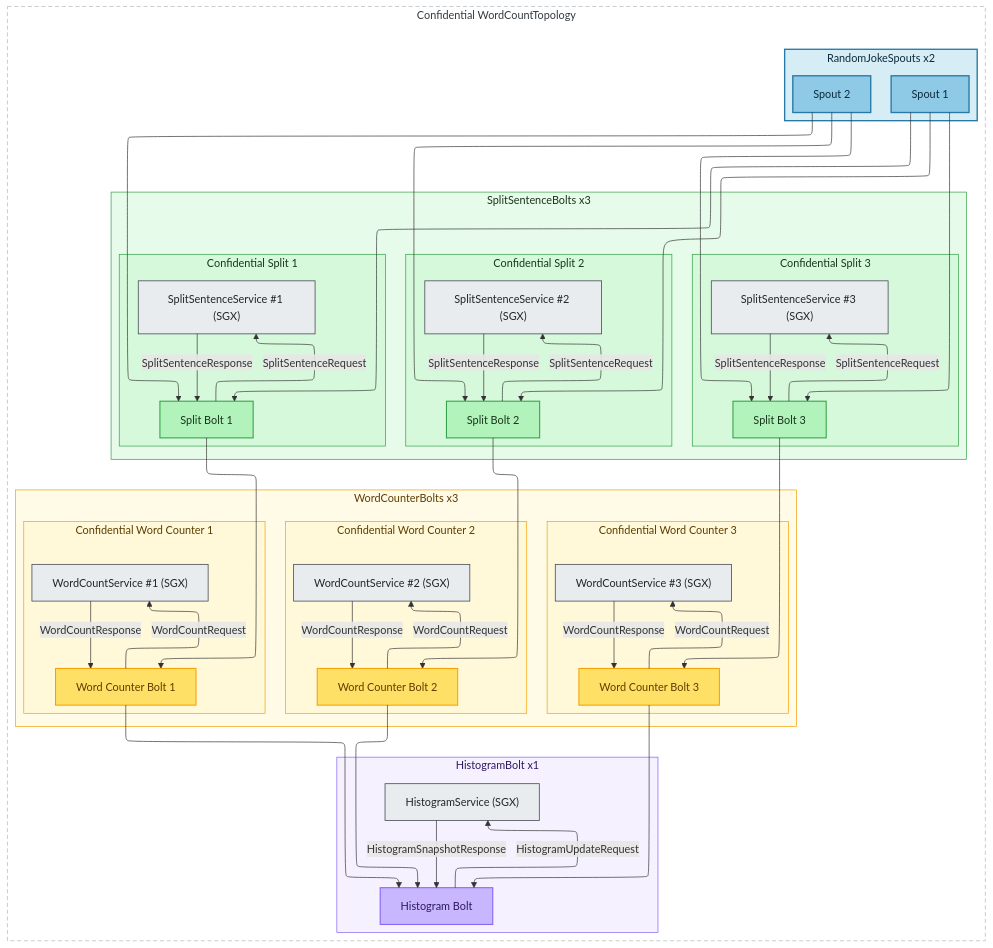
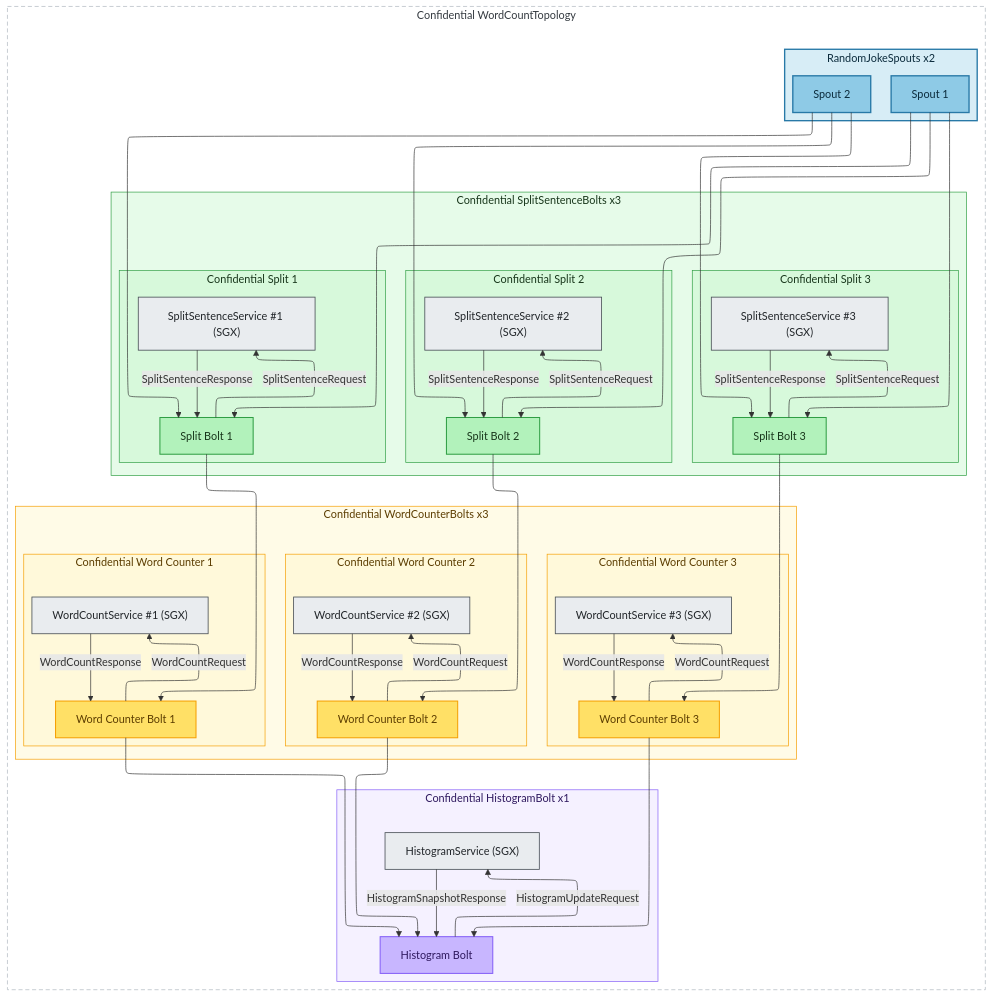
One commit to lucadibello/confidential-storm changed the diagram in assets/diagram.mmd. Above: the diagram before and after it, drawn with Mermaid. The commit also changed 1 other file, not shown here.

Commit message:
fix: added "confidential" prefix

```diff
--- a/assets/diagram.mmd
+++ b/assets/diagram.mmd
@@ -1,143 +1,143 @@
 %%{init: {"flowchart": {"defaultRenderer": "elk","elk": {
   "direction": "DOWN",
   "alignment": "CENTER",
   'mergeEdges': true,
   'nodePlacementStrategy': "LINEAR_SEGMENTS"
 }}}}%%
 flowchart TB
 
   %% ===== PIPELINE WRAPPER (helps center layout) =====
   subgraph Pipeline["Confidential WordCountTopology"]
     direction TB
     %% ===== RANDOM JOKE SPOUTS (stage 1) =====
     subgraph R["RandomJokeSpouts x2"]
       direction TB
       R1["Spout 1"]:::spoutNode
       R2["Spout 2"]:::spoutNode
     end
     class R groupSpout
 
 
     %% ===== SPLIT SENTENCE (stage 2) =====
-    subgraph S["SplitSentenceBolts x3"]
+    subgraph S["Confidential SplitSentenceBolts x3"]
       direction TB
 
       subgraph S1Grp["Confidential Split 1"]
         direction TB
         S1["Split Bolt 1"]:::splitBolt
         SE1["SplitSentenceService #1 (SGX)"]:::enclaveNode
         S1 -- "SplitSentenceRequest" --> SE1
         SE1 -- "SplitSentenceResponse" --> S1
       end
       class S1Grp pairSplit
 
       subgraph S2Grp["Confidential Split 2"]
         direction TB
         S2["Split Bolt 2"]:::splitBolt
         SE2["SplitSentenceService #2 (SGX)"]:::enclaveNode
         S2 -- "SplitSentenceRequest" --> SE2
         SE2 -- "SplitSentenceResponse" --> S2
       end
       class S2Grp pairSplit
 
       subgraph S3Grp["Confidential Split 3"]
         direction TB
         S3["Split Bolt 3"]:::splitBolt
         SE3["SplitSentenceService #3 (SGX)"]:::enclaveNode
         S3 -- "SplitSentenceRequest" --> SE3
         SE3 -- "SplitSentenceResponse" --> S3
       end
       class S3Grp pairSplit
 
     end
     class S groupSplit
 
 
     %% ===== WORD COUNTER (stage 3) =====
-    subgraph W["WordCounterBolts x3"]
+    subgraph W["Confidential WordCounterBolts x3"]
       direction TB
 
       subgraph W1Grp["Confidential Word Counter 1"]
         direction TB
         W1["Word Counter Bolt 1"]:::wordBolt
         WE1["WordCountService #1 (SGX)"]:::enclaveNode
         W1 -- "WordCountRequest" --> WE1
         WE1 -- "WordCountResponse" --> W1
       end
       class W1Grp pairWord
 
       subgraph W2Grp["Confidential Word Counter 2"]
         direction TB
         W2["Word Counter Bolt 2"]:::wordBolt
         WE2["WordCountService #2 (SGX)"]:::enclaveNode
         W2 -- "WordCountRequest" --> WE2
         WE2 -- "WordCountResponse" --> W2
       end
       class W2Grp pairWord
 
       subgraph W3Grp["Confidential Word Counter 3"]
         direction TB
         W3["Word Counter Bolt 3"]:::wordBolt
         WE3["WordCountService #3 (SGX)"]:::enclaveNode
         W3 -- "WordCountRequest" --> WE3
         WE3 -- "WordCountResponse" --> W3
       end
       class W3Grp pairWord
 
     end
     class W groupWord
 
 
     %% ===== HISTOGRAM (stage 4) =====
-    subgraph H["HistogramBolt x1"]
+    subgraph H["Confidential HistogramBolt x1"]
       direction TB
       H1["Histogram Bolt"]:::histBolt
       HE["HistogramService (SGX)"]:::enclaveNode
       H1 -- "HistogramUpdateRequest" --> HE
       HE -- "HistogramSnapshotResponse" --> H1
     end
     class H groupHist
     class H pairHist
 
 
     %% ===== PIPELINE FLOW =====
     R1 --> S1
     R1 --> S2
     R1 --> S3
 
     R2 --> S1
     R2 --> S2
     R2 --> S3
 
     S1 --> W1
     S2 --> W2
     S3 --> W3
 
     W1 --> H1
     W2 --> H1
     W3 --> H1
   end
   class Pipeline pipelineFrame
 
   %% ===== STYLING =====
   %% Node styles share the same palette as their subgraph backgrounds
   classDef spoutNode fill:#8ecae6,stroke:#2879a7,color:#0b2b3c,stroke-width:2px;
   classDef splitBolt fill:#b2f2bb,stroke:#2f9e44,color:#18361b,stroke-width:1.5px;
   classDef wordBolt fill:#ffe066,stroke:#f59f00,color:#5c3d00,stroke-width:1.5px;
   classDef histBolt fill:#c8b6ff,stroke:#845ef7,color:#2f195f,stroke-width:1.5px;
   classDef enclaveNode fill:#e9ecef,stroke:#495057,color:#212529,stroke-width:1.2px;
   classDef pipelineFrame fill:none,stroke:#adb5bd,stroke-width:1px,stroke-dasharray:6 4,color:#343a40,padding-top:5px;
 
   %% Subgraph backgrounds – translucent fills highlight each bolt family
   style R fill:#8ecae6,fill-opacity:0.35,stroke:#2879a7,stroke-width:2px,color:#0b2b3c,padding:18px
   style S fill:#b2f2bb,fill-opacity:0.32,stroke:#2f9e44,stroke-width:1px,color:#18361b,padding:18px
   style S1Grp fill:#b2f2bb,fill-opacity:0.3,stroke:#2f9e44,color:#18361b,padding:12px
   style S2Grp fill:#b2f2bb,fill-opacity:0.3,stroke:#2f9e44,color:#18361b,padding:12px
   style S3Grp fill:#b2f2bb,fill-opacity:0.3,stroke:#2f9e44,color:#18361b,padding:12px
 
   style W fill:#fff3bf,fill-opacity:0.38,stroke:#f59f00,stroke-width:1px,color:#5c3d00,padding:18px
   style W1Grp fill:#fff3bf,fill-opacity:0.35,stroke:#f59f00,color:#5c3d00,padding:12px
   style W2Grp fill:#fff3bf,fill-opacity:0.35,stroke:#f59f00,color:#5c3d00,padding:12px
   style W3Grp fill:#fff3bf,fill-opacity:0.35,stroke:#f59f00,color:#5c3d00,padding:12px
 
   style H fill:#e5dbff,fill-opacity:0.4,stroke:#845ef7,stroke-width:1px,color:#2f195f,padding:18px
```
